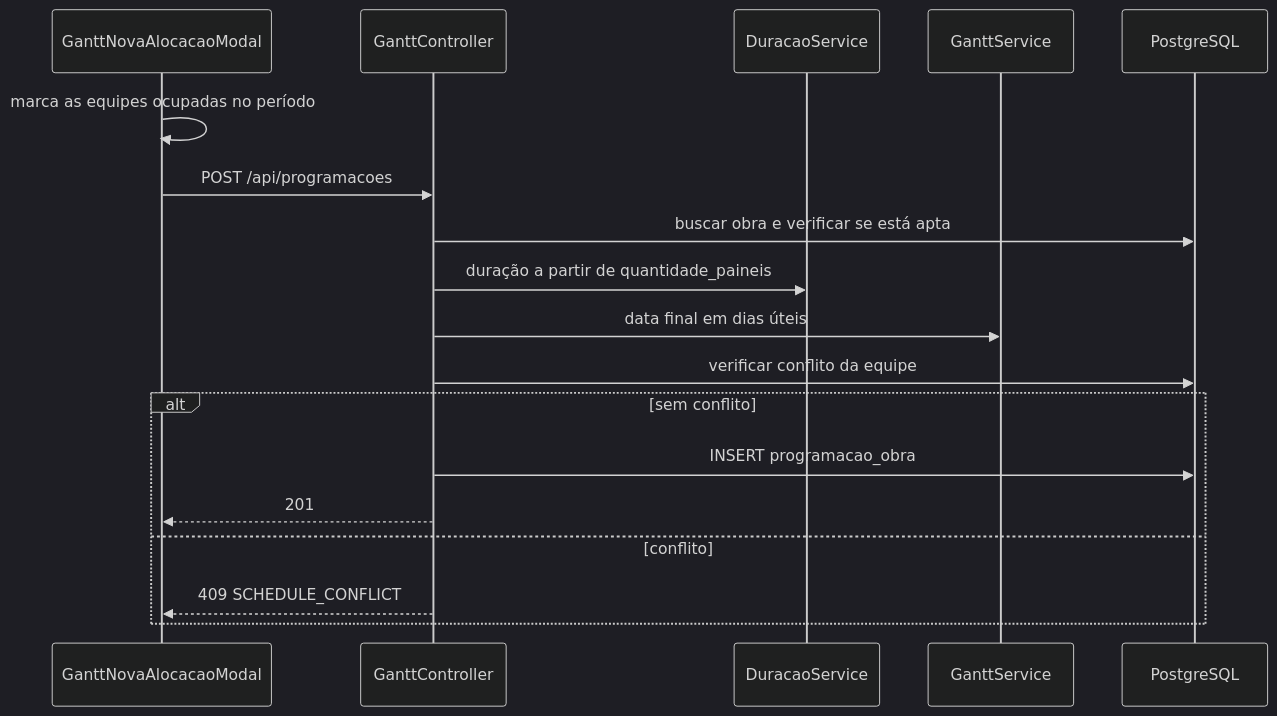
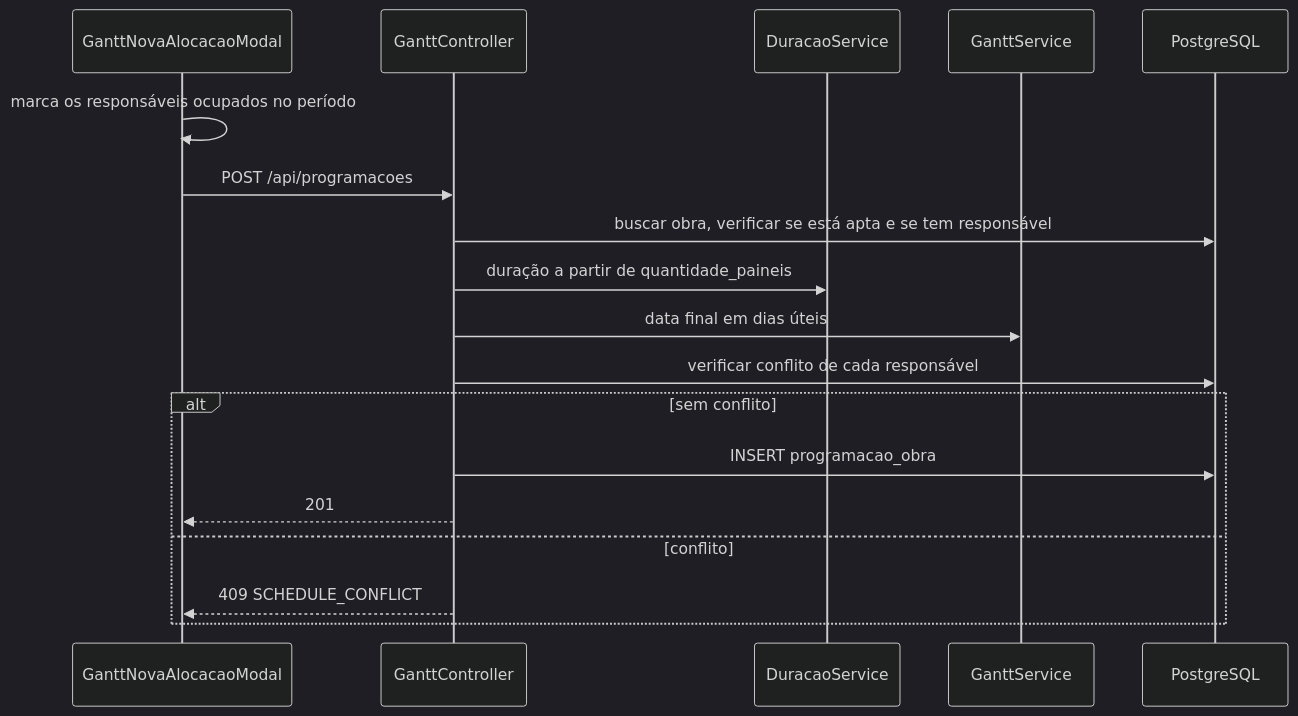
Before and after one commit to r7melo/pi4-2026-2-equipe-5: the third of 3 diagrams in docs/Requisitos/08-fluxos.md, drawn with Mermaid (dark theme). The commit also changed other lines of this file and 15 other files, not shown here.

````diff
--- a/docs/Requisitos/08-fluxos.md
+++ b/docs/Requisitos/08-fluxos.md
@@ -63,21 +65,21 @@
 ```mermaid
 sequenceDiagram
   participant F as GanttNovaAlocacaoModal
   participant G as GanttController
   participant DS as DuracaoService
   participant GS as GanttService
   participant D as PostgreSQL
 
-  F->>F: marca as equipes ocupadas no período
+  F->>F: marca os responsáveis ocupados no período
   F->>G: POST /api/programacoes
-  G->>D: buscar obra e verificar se está apta
+  G->>D: buscar obra, verificar se está apta e se tem responsável
   G->>DS: duração a partir de quantidade_paineis
   G->>GS: data final em dias úteis
-  G->>D: verificar conflito da equipe
+  G->>D: verificar conflito de cada responsável
   alt sem conflito
     G->>D: INSERT programacao_obra
     G-->>F: 201
   else conflito
     G-->>F: 409 SCHEDULE_CONFLICT
   end
 ```
````
